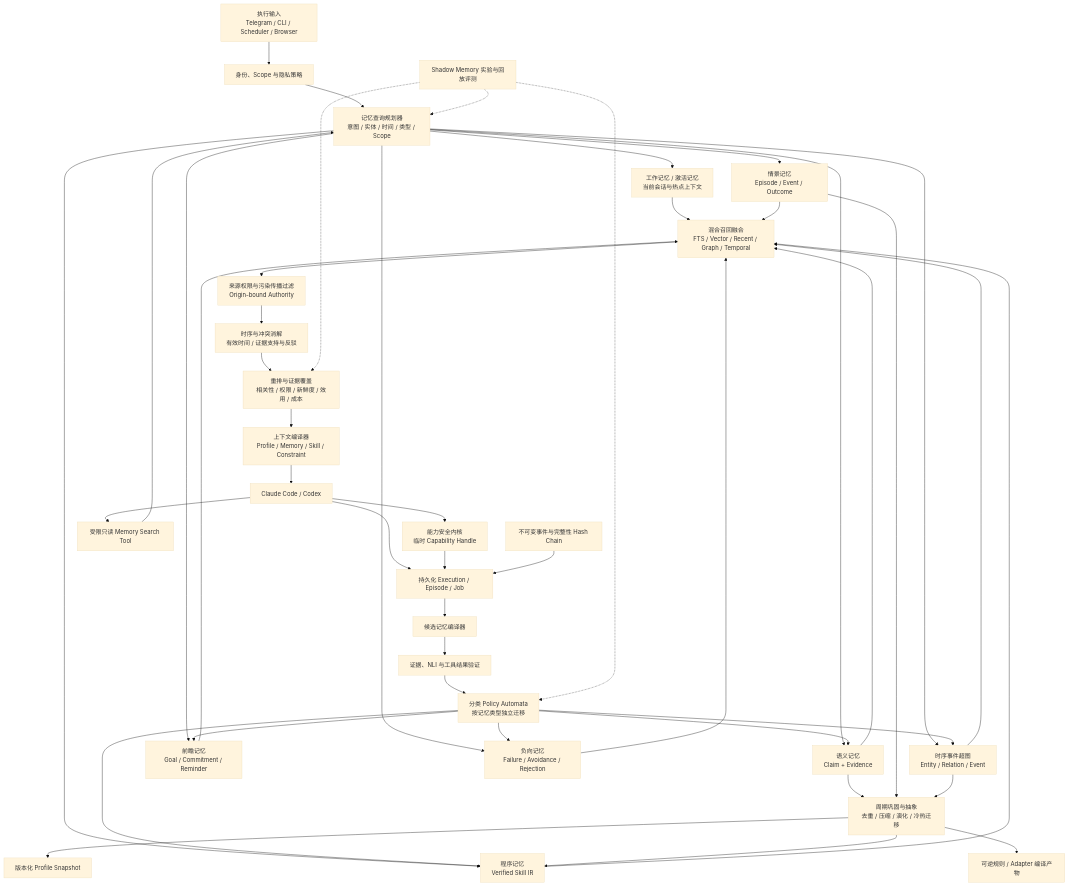
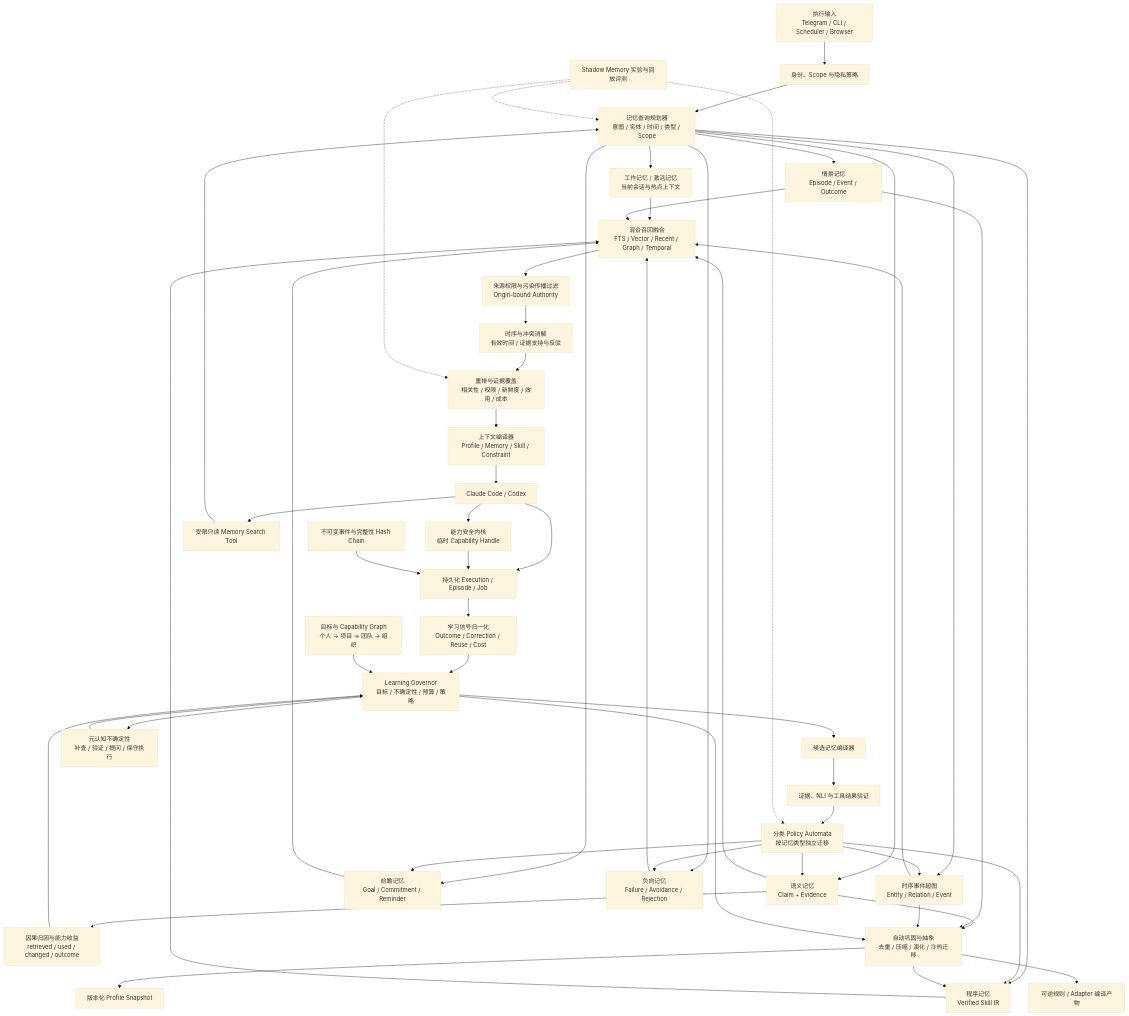
The second of 6 diagrams in docs/memory-system-spec.md (linlangli/AxiomRuntime), drawn with Mermaid (base theme) before and after one commit. The commit also changed other lines of this file and 13 other files, not shown here.

````diff
--- a/docs/memory-system-spec.md
+++ b/docs/memory-system-spec.md
@@ -129,55 +254,64 @@
 ```mermaid
 flowchart TD
   Input["执行输入<br/>Telegram / CLI / Scheduler / Browser"] --> Identity["身份、Scope 与隐私策略"]
   Identity --> Planner["记忆查询规划器<br/>意图 / 实体 / 时间 / 类型 / Scope"]
 
   Planner --> Working["工作记忆 / 激活记忆<br/>当前会话与热点上下文"]
   Planner --> Semantic["语义记忆<br/>Claim + Evidence"]
   Planner --> Episodic["情景记忆<br/>Episode / Event / Outcome"]
   Planner --> Graph["时序事件超图<br/>Entity / Relation / Event"]
   Planner --> Skills["程序记忆<br/>Verified Skill IR"]
   Planner --> Future["前瞻记忆<br/>Goal / Commitment / Reminder"]
   Planner --> Negative["负向记忆<br/>Failure / Avoidance / Rejection"]
 
   Working --> Fusion["混合召回融合<br/>FTS / Vector / Recent / Graph / Temporal"]
   Semantic --> Fusion
   Episodic --> Fusion
   Graph --> Fusion
   Skills --> Fusion
   Future --> Fusion
   Negative --> Fusion
 
   Fusion --> Authority["来源权限与污染传播过滤<br/>Origin-bound Authority"]
   Authority --> Conflict["时序与冲突消解<br/>有效时间 / 证据支持与反驳"]
   Conflict --> Reranker["重排与证据覆盖<br/>相关性 / 权限 / 新鲜度 / 效用 / 成本"]
   Reranker --> Compiler["上下文编译器<br/>Profile / Memory / Skill / Constraint"]
   Compiler --> Model["Claude Code / Codex"]
 
   Model --> Capability["能力安全内核<br/>临时 Capability Handle"]
   Model --> Search["受限只读 Memory Search Tool"]
   Search --> Planner
 
   Model --> Durable["持久化 Execution / Episode / Job"]
   Capability --> Durable
-  Durable --> Extract["候选记忆编译器"]
+  Durable --> Signals["学习信号归一化<br/>Outcome / Correction / Reuse / Cost"]
+  Signals --> Governor["Learning Governor<br/>目标 / 不确定性 / 预算 / 策略"]
+  Governor --> Extract["候选记忆编译器"]
   Extract --> Verify["证据、NLI 与工具结果验证"]
   Verify --> Automata["分类 Policy Automata<br/>按记忆类型独立迁移"]
 
   Automata --> Semantic
   Automata --> Graph
   Automata --> Skills
   Automata --> Future
   Automata --> Negative
 
-  Semantic --> Distill["周期巩固与抽象<br/>去重 / 压缩 / 演化 / 冷热迁移"]
+  Semantic --> Attribution["因果归因与能力收益<br/>retrieved / used / changed / outcome"]
+  Attribution --> Governor
+  Semantic --> Distill["自动巩固与抽象<br/>去重 / 压缩 / 演化 / 冷热迁移"]
   Episodic --> Distill
   Graph --> Distill
+  Governor --> Distill
   Distill --> Profiles["版本化 Profile Snapshot"]
   Distill --> Skills
   Distill --> Parametric["可逆规则 / Adapter 编译产物"]
+
+  Goals["目标与 Capability Graph<br/>个人 → 项目 → 团队 → 组织"] --> Governor
+  Uncertainty["元认知不确定性<br/>补查 / 验证 / 提问 / 保守执行"] --> Governor
+  Governor --> Uncertainty
 
   Events["不可变事件与完整性 Hash Chain"] --> Durable
   Shadow["Shadow Memory 实验与回放评测"] -.-> Planner
   Shadow -.-> Reranker
   Shadow -.-> Automata
 ```
````
